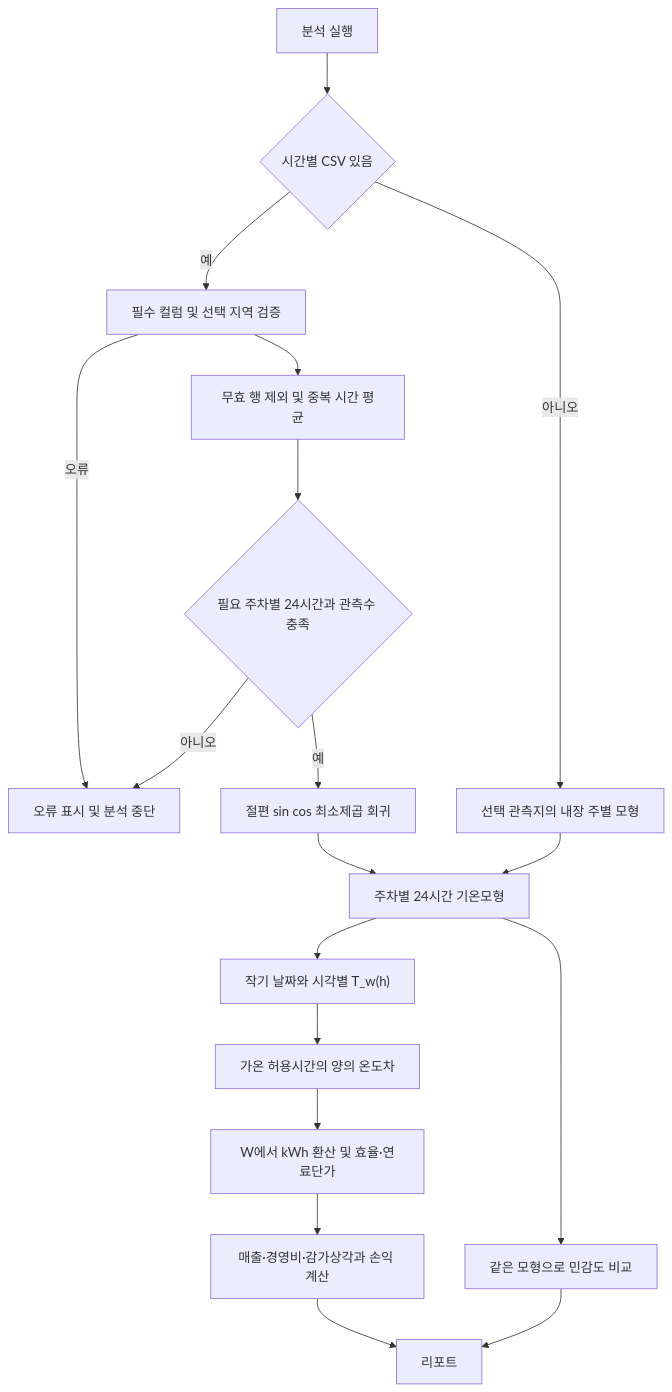
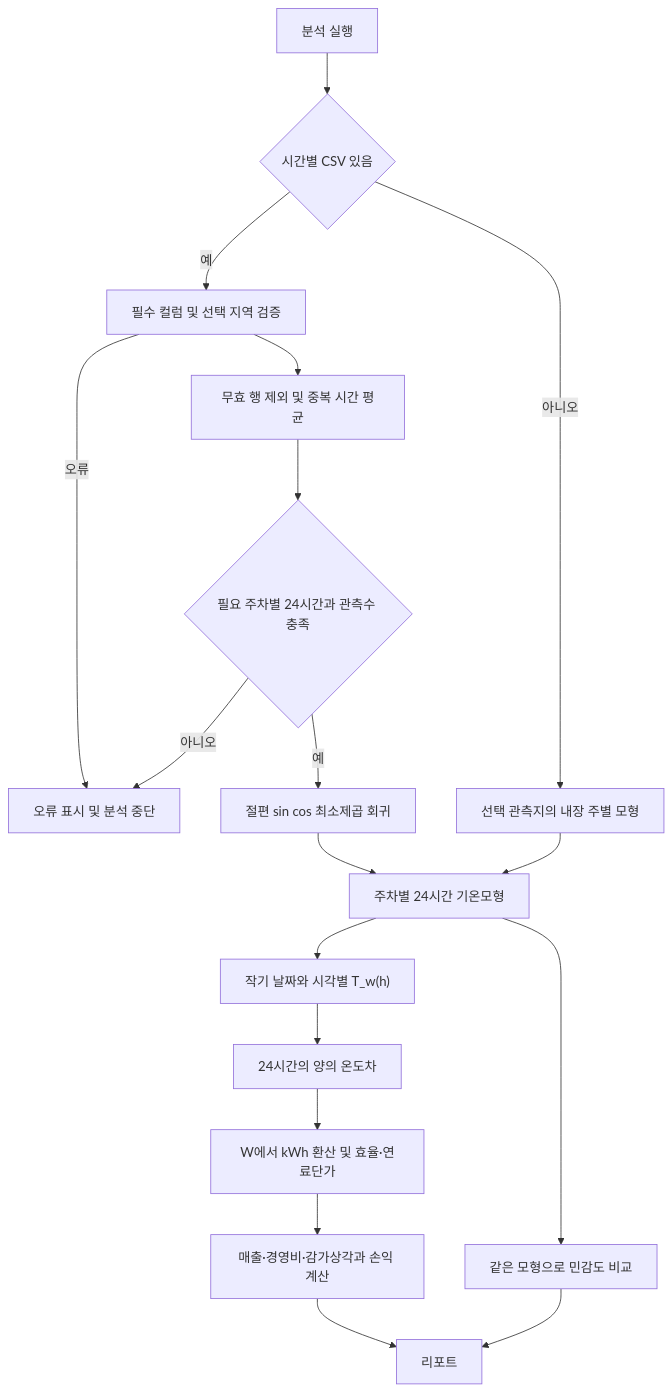
The fifth of 5 diagrams in releases/v0.5/docs/APP_BLUEPRINT.md (kuk-jong/fig-heating-decision-app), drawn with Mermaid before and after one commit. The commit also changed other lines of this file and 13 other files, not shown here.

````diff
--- a/releases/v0.5/docs/APP_BLUEPRINT.md
+++ b/releases/v0.5/docs/APP_BLUEPRINT.md
@@ -225,20 +224,20 @@
 ```mermaid
 flowchart TD
     request["분석 실행"] --> hasCsv{"시간별 CSV 있음"}
     hasCsv -->|"예"| validate["필수 컬럼 및 선택 지역 검증"]
     validate --> clean["무효 행 제외 및 중복 시간 평균"]
     clean --> eligible{"필요 주차별 24시간과 관측수 충족"}
     validate -->|"오류"| stop["오류 표시 및 분석 중단"]
     eligible -->|"아니오"| stop
     eligible -->|"예"| regression["절편 sin cos 최소제곱 회귀"]
     regression --> model["주차별 24시간 기온모형"]
     hasCsv -->|"아니오"| fallback["선택 관측지의 내장 주별 모형"]
     fallback --> model
     model --> daily["작기 날짜와 시각별 T_w(h)"]
-    daily --> heat["가온 허용시간의 양의 온도차"]
+    daily --> heat["24시간의 양의 온도차"]
     heat --> cost["W에서 kWh 환산 및 효율·연료단가"]
     cost --> profit["매출·경영비·감가상각과 손익 계산"]
     model --> sensitivity["같은 모형으로 민감도 비교"]
     profit --> report["리포트"]
     sensitivity --> report
 ```
````
